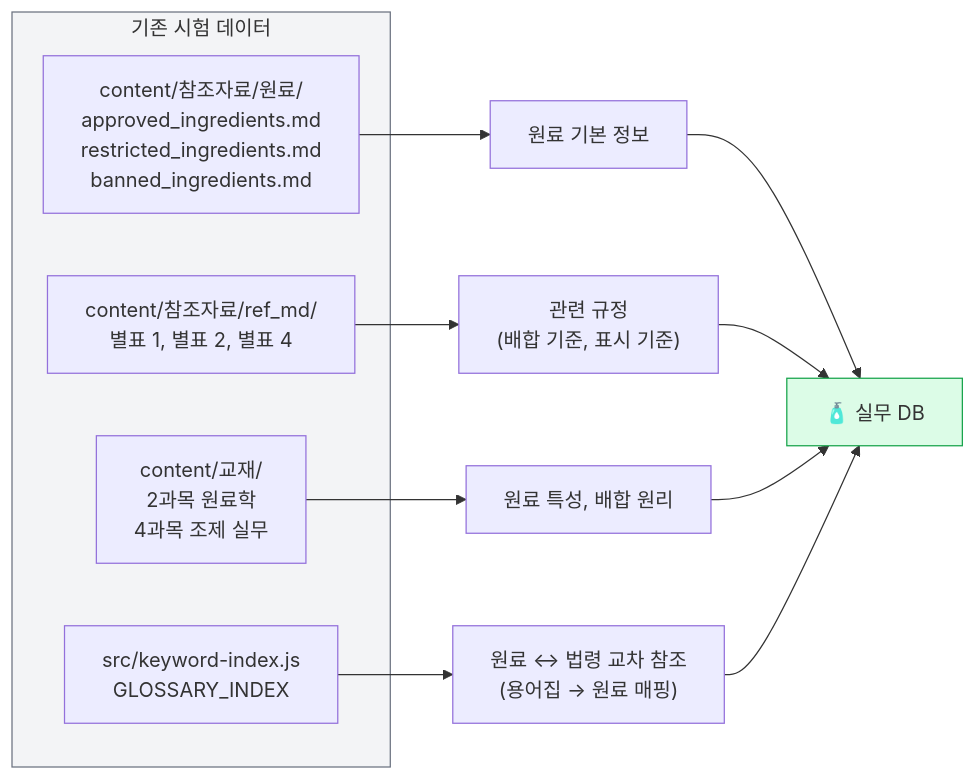
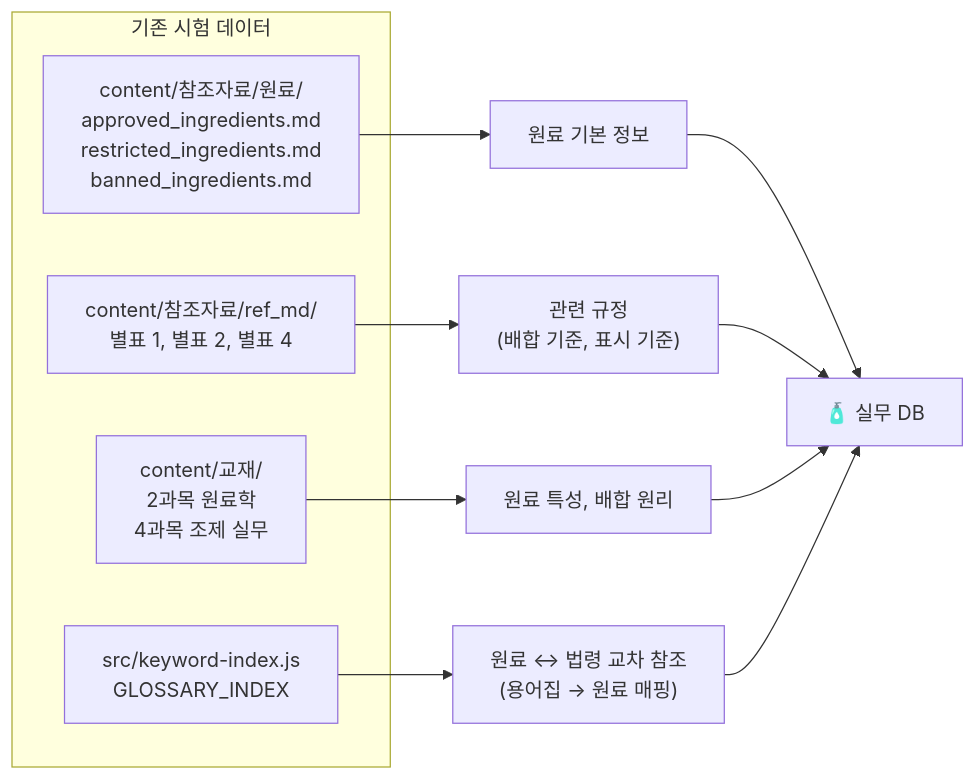
The third of 10 diagrams in docs/dev/PASS_TO_PRACTICE_STRATEGY.md (skygoldlee-cyber/Personalized_Skincare), drawn with Mermaid before and after one commit. The commit also changed other lines of this file and 1 other file, not shown here.

First line of the commit message:
docs: Mermaid 다크모드 대비 문제 해결 — style 지시자 제거

````diff
--- a/docs/dev/PASS_TO_PRACTICE_STRATEGY.md
+++ b/docs/dev/PASS_TO_PRACTICE_STRATEGY.md
@@ -153,20 +153,18 @@
 ```mermaid
 flowchart LR
     subgraph EXISTING ["기존 시험 데이터"]
         A["content/참조자료/원료/<br/>approved_ingredients.md<br/>restricted_ingredients.md<br/>banned_ingredients.md"]
         B["content/참조자료/ref_md/<br/>별표 1, 별표 2, 별표 4"]
         C["content/교재/<br/>2과목 원료학<br/>4과목 조제 실무"]
         D["src/keyword-index.js<br/>GLOSSARY_INDEX"]
     end
     A --> R["원료 기본 정보"]
     B --> L["관련 규정<br/>(배합 기준, 표시 기준)"]
     C --> K["원료 특성, 배합 원리"]
     D --> X["원료 ↔ 법령 교차 참조<br/>(용어집 → 원료 매핑)"]
     R --> PRACTICE["🧴 실무 DB"]
     L --> PRACTICE
     K --> PRACTICE
     X --> PRACTICE
 
-    style EXISTING fill:#f3f4f6,stroke:#6b7280
-    style PRACTICE fill:#dcfce7,stroke:#16a34a
 ```
````
